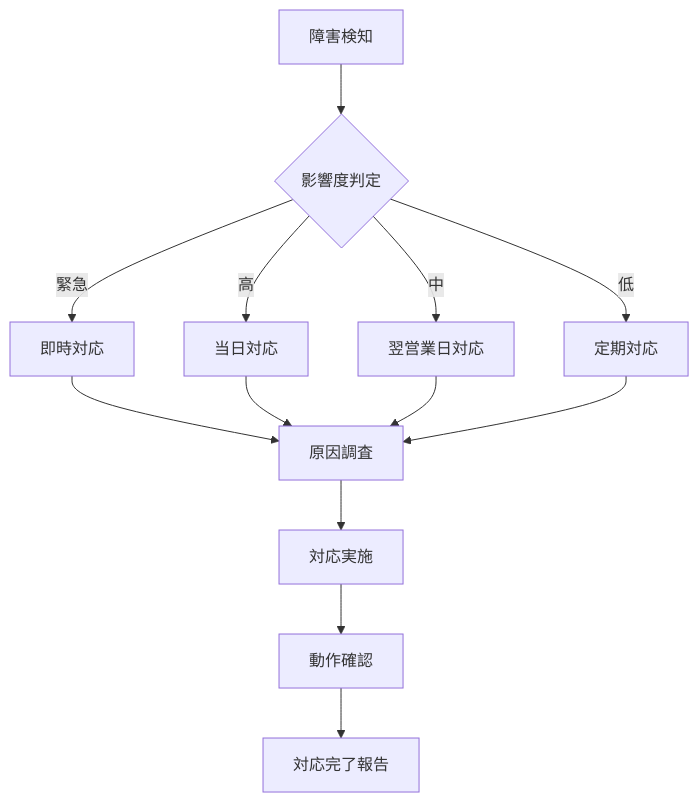
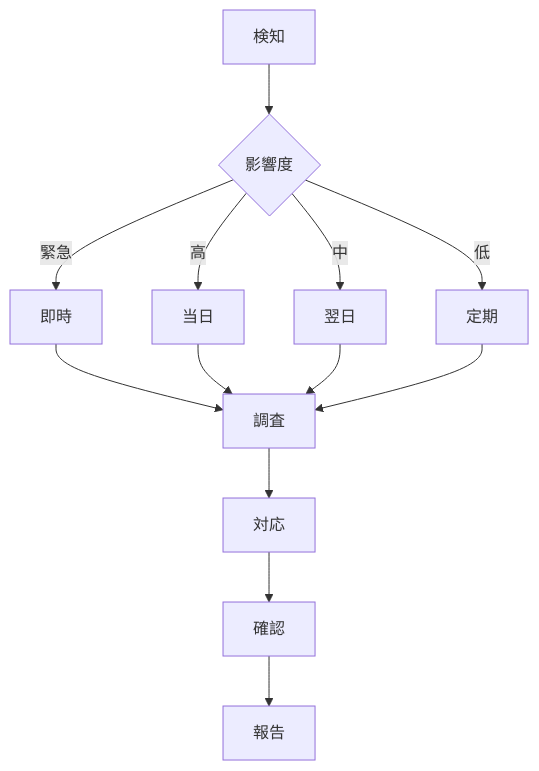
One commit to sasaibu/hdb changed the fourth of 4 diagrams in doc/設計資料/連携処理方式概要設計書.md. Above: the diagram before and after it, drawn with Mermaid. The commit also changed other lines of this file, not shown here.

````diff
--- a/doc/設計資料/連携処理方式概要設計書.md
+++ b/doc/設計資料/連携処理方式概要設計書.md
@@ -335,17 +326,17 @@
 ```mermaid
 flowchart TD
-    A[障害検知] --> B{影響度判定}
-    B -->|緊急| C[即時対応]
-    B -->|高| D[当日対応]
-    B -->|中| E[翌営業日対応]
-    B -->|低| F[定期対応]
+    A[検知] --> B{影響度}
+    B -->|緊急| C[即時]
+    B -->|高| D[当日]
+    B -->|中| E[翌日]
+    B -->|低| F[定期]
     
-    C --> G[原因調査]
+    C --> G[調査]
     D --> G
     E --> G
     F --> G
     
-    G --> H[対応実施]
-    H --> I[動作確認]
-    I --> J[対応完了報告]
+    G --> H[対応]
+    H --> I[確認]
+    I --> J[報告]
 ```
````
